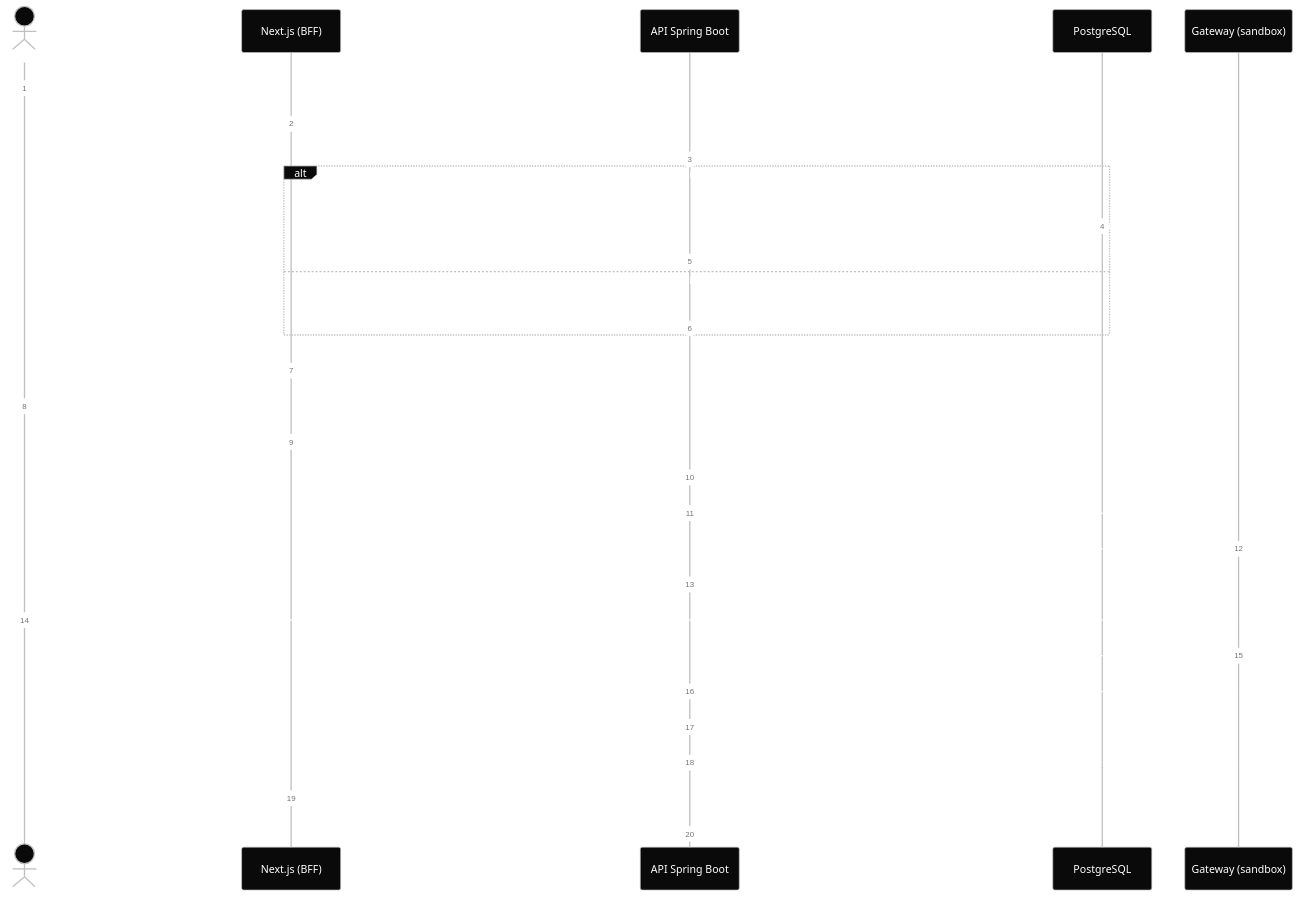
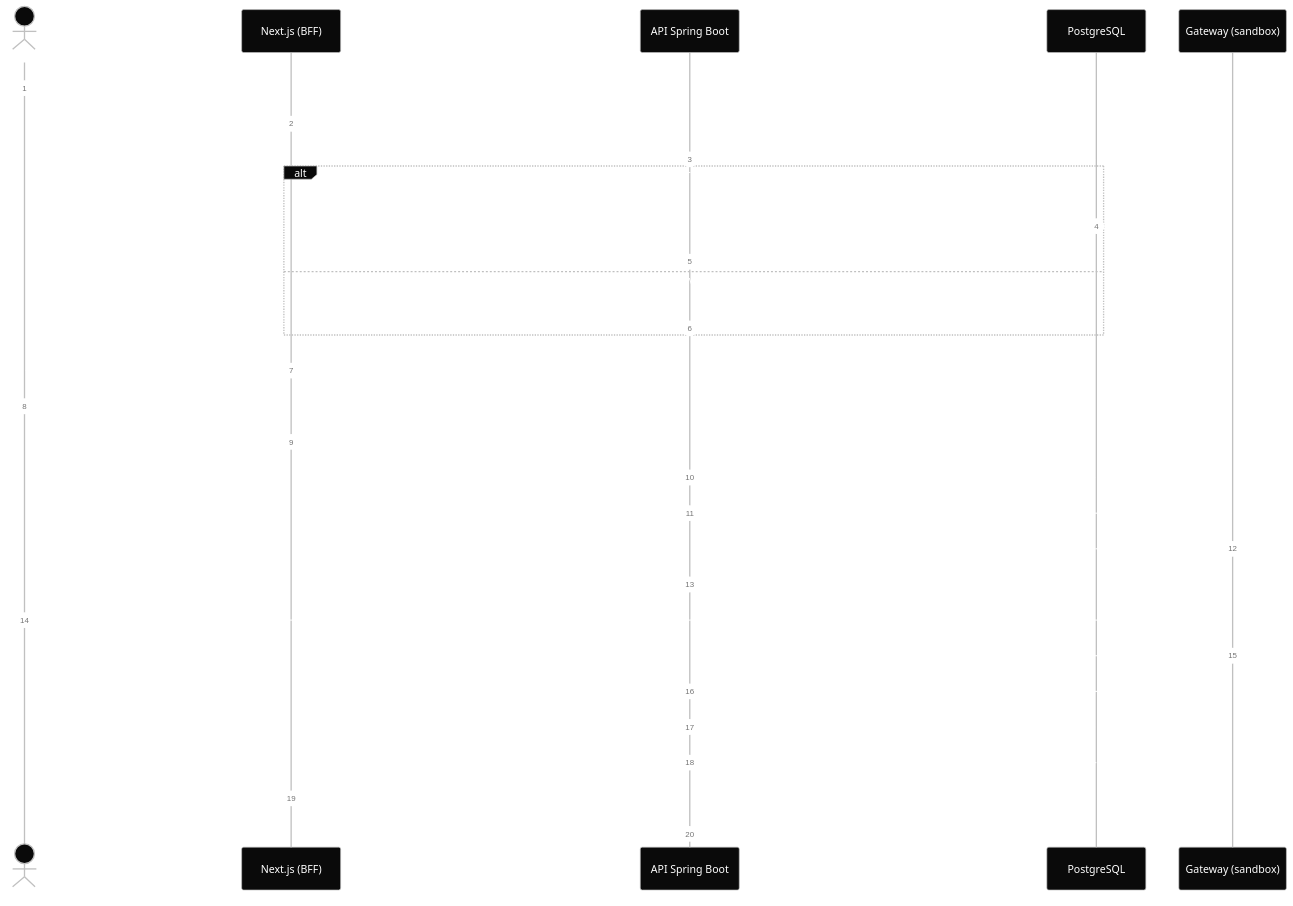
Before and after one commit to k3vinrich4rd/barbearia-altas-horas: the second of 5 diagrams in README.md, drawn with Mermaid. The commit also changed other lines of this file and 11 other files, not shown here.

````diff
--- a/README.md
+++ b/README.md
@@ -259,34 +260,34 @@
 ```mermaid
 %%{init: {'theme':'base','themeVariables':{'primaryColor':'#0A0A0A','primaryTextColor':'#FFFFFF','primaryBorderColor':'#C0C0C0','lineColor':'#8A8A8A','secondaryColor':'#1F1F1F','tertiaryColor':'#2B2B2B','actorBkg':'#0A0A0A','actorTextColor':'#FFFFFF','actorBorder':'#C0C0C0','noteBkgColor':'#2B2B2B','noteTextColor':'#FFFFFF','fontFamily':'Helvetica, Arial, sans-serif'}}}%%
 sequenceDiagram
     autonumber
     actor C as Cliente
     participant F as Next.js (BFF)
     participant A as API Spring Boot
     participant DB as PostgreSQL
     participant G as Gateway (sandbox)
 
     C->>F: escolhe serviço e horário
     F->>A: POST /agendamentos
-    A->>DB: INSERT reserva AGUARDANDO_PAGAMENTO (expira_em = agora + 15 min)
+    A->>DB: INSERT reserva AGUARDANDO_PAGAMENTO (expira_em = agora + 3 min)
     alt horário já ocupado
         DB-->>A: 23P01 (EXCLUDE gist)
         A-->>F: 409 HORARIO_INDISPONIVEL (problem+json)
     else livre
         A-->>F: 201 reserva
     end
     F->>C: mostra a política e o checkbox (desmarcado)
     C->>F: marca o aceite e escolhe Pix ou Cartão
     F->>A: POST /pagamentos/cobrancas (X-Idempotency-Key, aceitePolitica=true)
     A->>DB: cobrança PENDENTE + aceite (versão e data)
     A->>G: cria cobrança de 100% (CPF só em trânsito)
     G-->>A: QR Code Pix ou URL do checkout do cartão
     A-->>F: 201 cobrança
     C->>G: paga
     G->>A: POST /pagamentos/webhook (token do gateway)
     A->>G: reconsulta a cobrança (não confia só no corpo)
     A->>DB: evento único + reserva CONFIRMADO (mesma transação)
     A-->>G: 200 (repetição do mesmo evento: 200 sem efeito)
     F->>A: consulta o status
     A-->>F: CONFIRMADO
 ```
````
